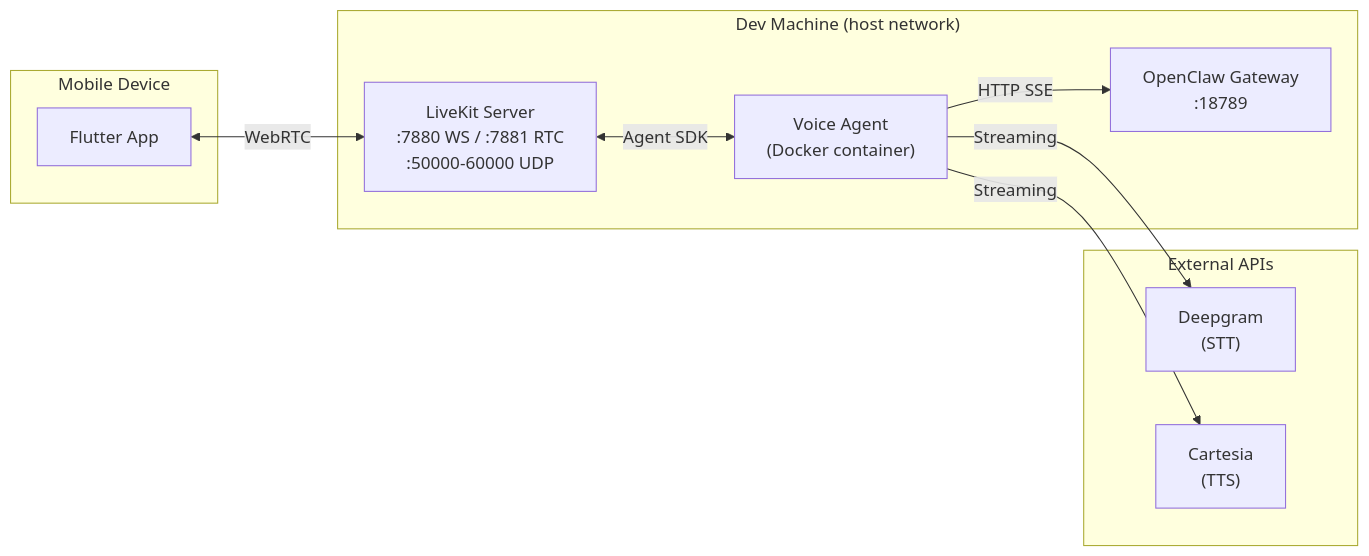
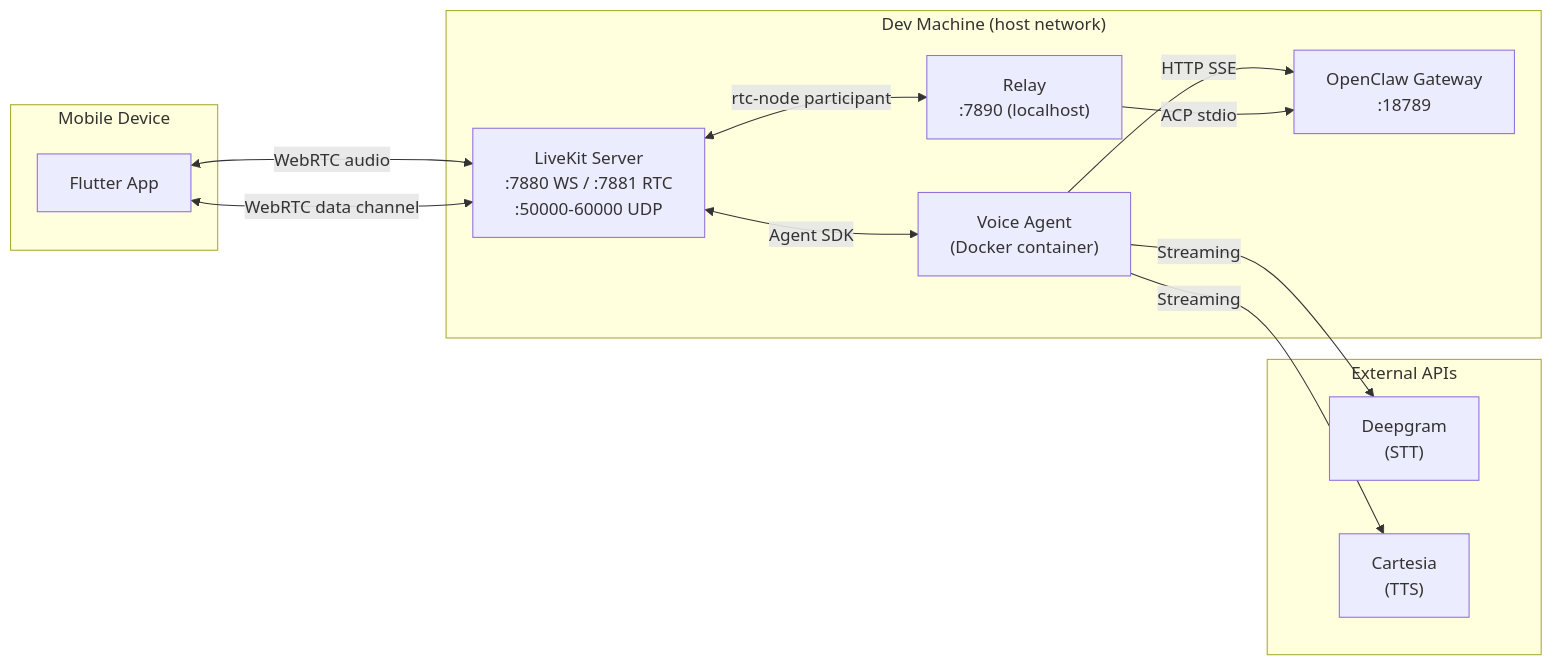
Before and after one commit to dremonkey/fletcher: the third of 3 diagrams in docs/architecture/system-overview.md, drawn with Mermaid. The commit also changed other lines of this file and 3 other files, not shown here.

First line of the commit message:
docs(architecture): add relay to system overview + fix ACP wire format

````diff
--- a/docs/architecture/system-overview.md
+++ b/docs/architecture/system-overview.md
@@ -104,23 +114,27 @@
 ```mermaid
 flowchart LR
     subgraph "Mobile Device"
         APP["Flutter App"]
     end
 
     subgraph "Dev Machine (host network)"
         LK["LiveKit Server<br/>:7880 WS / :7881 RTC<br/>:50000-60000 UDP"]
         VA["Voice Agent<br/>(Docker container)"]
+        RL["Relay<br/>:7890 (localhost)"]
         GW["OpenClaw Gateway<br/>:18789"]
     end
 
     subgraph "External APIs"
         DG["Deepgram<br/>(STT)"]
         CT["Cartesia<br/>(TTS)"]
     end
 
-    APP <-->|"WebRTC"| LK
+    APP <-->|"WebRTC audio"| LK
+    APP <-->|"WebRTC data channel"| LK
     LK <-->|"Agent SDK"| VA
+    LK <-->|"rtc-node participant"| RL
     VA -->|"HTTP SSE"| GW
+    RL -->|"ACP stdio"| GW
     VA -->|"Streaming"| DG
     VA -->|"Streaming"| CT
 ```
````
